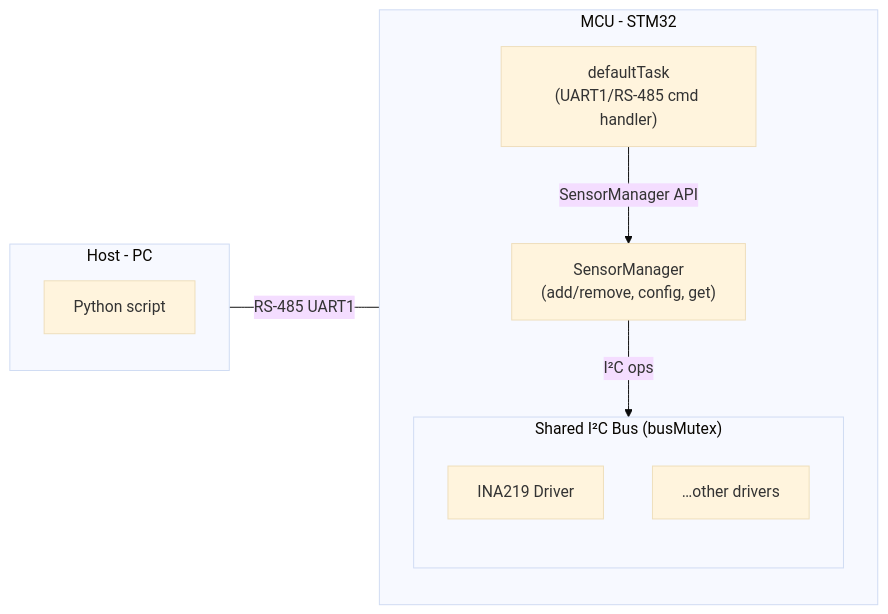
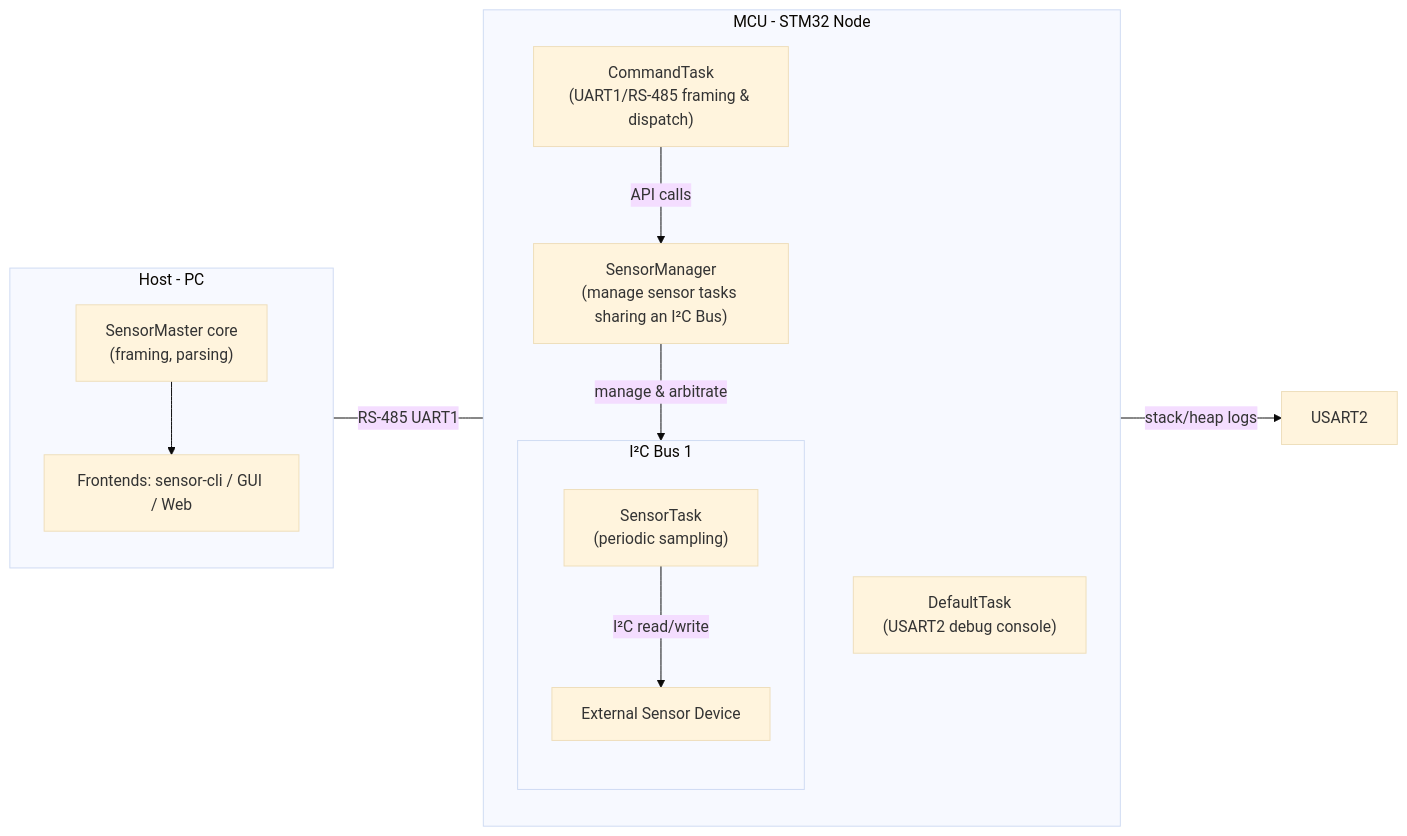
One commit to brahimab8/stm32-freertos-modbus-ina219 changed the first of 2 diagrams in docs/architecture.md. Above: the diagram before and after it, drawn with Mermaid (base theme). The commit also changed other lines of this file and 1 other file, not shown here.

Commit message:
docs: add protocol.md file and update architecture.md

`````diff
--- a/docs/architecture.md
+++ b/docs/architecture.md
@@ -9,22 +9,27 @@
 ```mermaid
 flowchart LR
   subgraph Host - PC
     direction TB
-    PC["Python script"]
+    SM["SensorMaster core<br>(framing, parsing)"]
+    CLI["Frontends: sensor-cli / GUI / Web"]
+    SM --> CLI
   end
 
-  subgraph MCU - STM32
+  subgraph MCU - STM32 Node
     direction TB
-    CmdTask["defaultTask<br>(UART1/RS-485 cmd handler)"]
-    SensorMgr["SensorManager<br>(add/remove, config, get)"]
-    subgraph I2C_Bus["Shared I²C Bus (busMutex)"]
+    CmdTask["CommandTask<br>(UART1/RS-485 framing & dispatch)"]
+    SensorMgr["SensorManager<br>(manage sensor tasks sharing an I²C Bus)"]
+    subgraph I2C_Bus1["I²C Bus 1"]
       direction TB
-      INA219["INA219 Driver"]
-      Other["…other drivers"]
+      SensorTask["SensorTask<br>(periodic sampling)"]
+      ExternalSensor["External Sensor Device"]
+      SensorTask -->|I²C read/write| ExternalSensor
     end
+    DebugTask["DefaultTask<br>(USART2 debug console)"]
   end
 
-  PC ---|RS-485 UART1| CmdTask
-  CmdTask -->|SensorManager API| SensorMgr
-  SensorMgr -->|I²C ops| I2C_Bus
+  CLI ---|RS-485 UART1| CmdTask
+  CmdTask -->|API calls| SensorMgr
+  SensorMgr -->|manage & arbitrate| I2C_Bus1
+  DebugTask -->|stack/heap logs| USART2
 ````
`````
